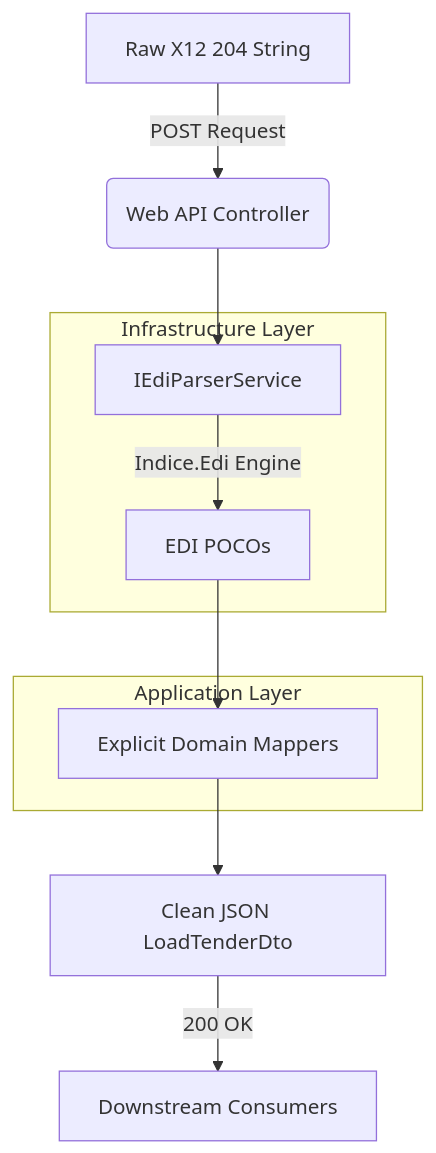
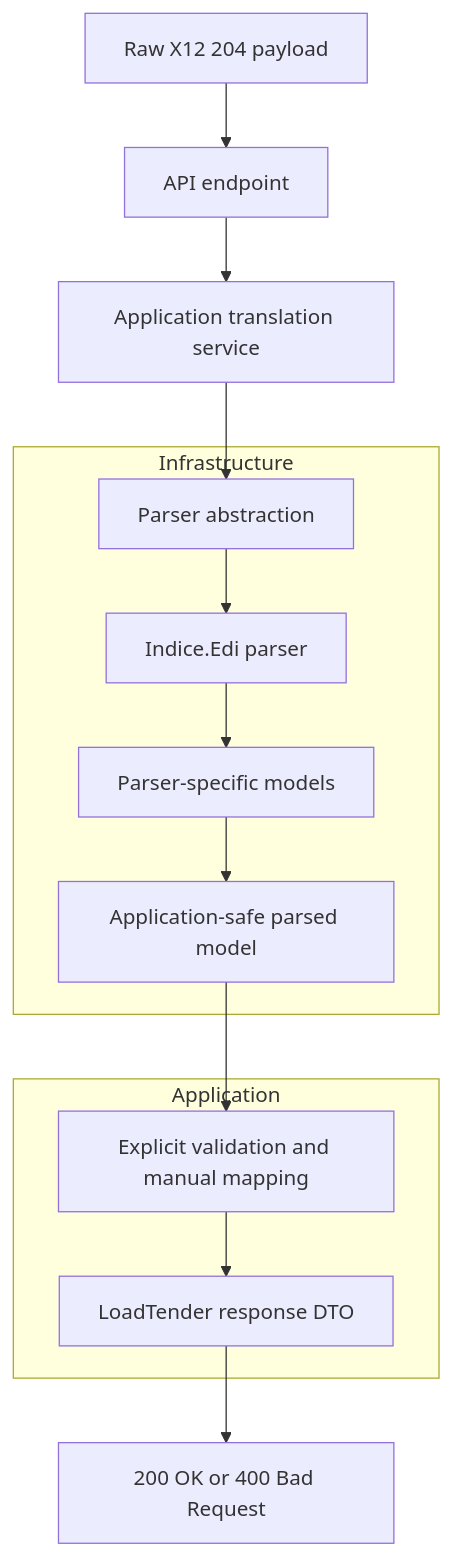
The diagram in README.md (bonyaroslav/EDI-to-REST-Logistics-Gateway), drawn with Mermaid before and after one commit. The commit also changed other lines of this file and 28 other files, not shown here.

````diff
--- a/README.md
+++ b/README.md
@@ -111,16 +147,19 @@
 ```mermaid
 graph TD
-    A[Raw X12 204 String] -->|POST Request| B(Web API Controller)
-    B --> C[IEdiParserService]
-    
-    subgraph Infrastructure Layer
-    C -->|Indice.Edi Engine| D[EDI POCOs]
+    A["Raw X12 204 payload"] --> B["API endpoint"]
+    B --> C["Application translation service"]
+    C --> D["Parser abstraction"]
+
+    subgraph Infrastructure
+    D --> E["Indice.Edi parser"]
+    E --> F["Parser-specific models"]
+    F --> G["Application-safe parsed model"]
     end
-    
-    subgraph Application Layer
-    D --> E[Explicit Domain Mappers]
+
+    subgraph Application
+    G --> H["Explicit validation and manual mapping"]
+    H --> I["LoadTender response DTO"]
     end
-    
-    E --> F[Clean JSON LoadTenderDto]
-    F -->|200 OK| G[Downstream Consumers]
+
+    I --> J["200 OK or 400 Bad Request"]
 ```
````
